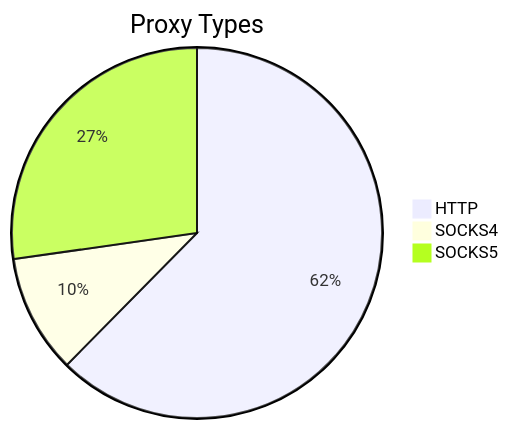
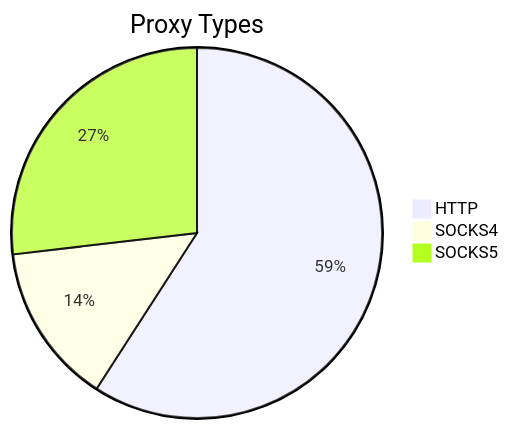
The first of 2 diagrams in README.md (stormsia/proxy-list), drawn with Mermaid before and after one commit. The commit also changed other lines of this file, not shown here.

````diff
--- a/README.md
+++ b/README.md
@@ -21,6 +21,6 @@
 ```mermaid
 pie title Proxy Types
-    "HTTP" : 277
-    "SOCKS4" : 46
-    "SOCKS5" : 121
+    "HTTP" : 425
+    "SOCKS4" : 101
+    "SOCKS5" : 193
 ```
````
